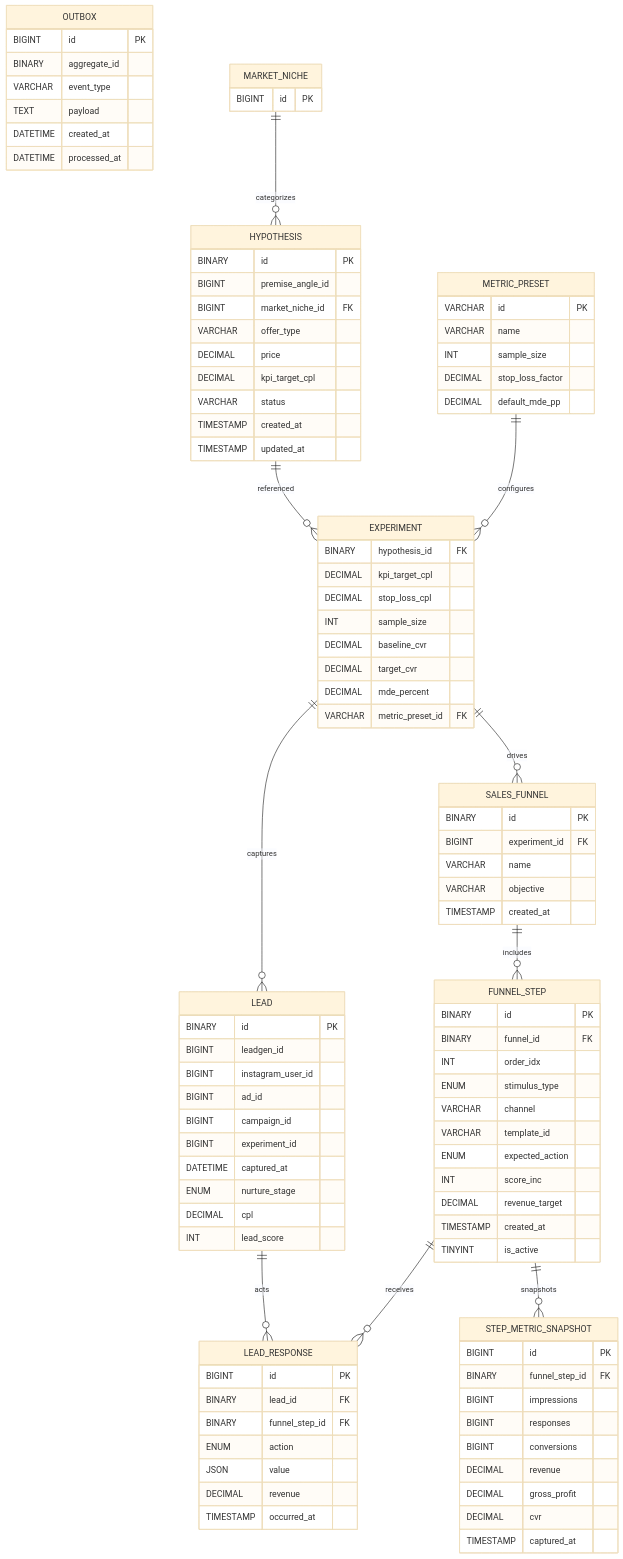
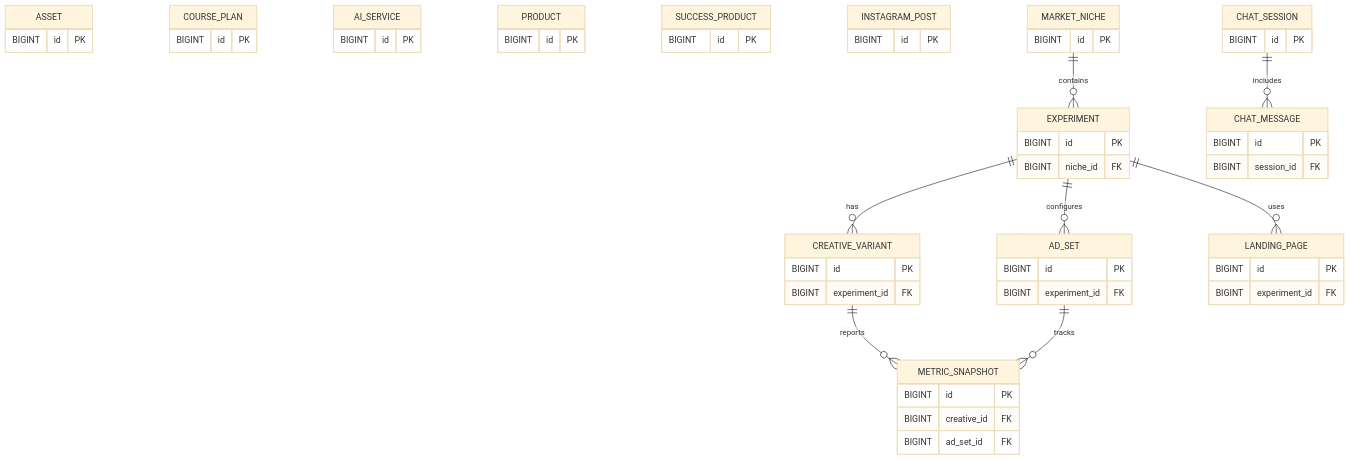
The diagram in docs/data-model.md (paulofor/marketing-hub), drawn with Mermaid (base theme) before and after one commit. The commit also changed other lines of this file, not shown here.

````diff
--- a/docs/data-model.md
+++ b/docs/data-model.md
@@ -111,103 +199,60 @@
 ```mermaid
 erDiagram
-    HYPOTHESIS {
-        BINARY id PK
-        BIGINT premise_angle_id
-        BIGINT market_niche_id FK
-        VARCHAR offer_type
-        DECIMAL price
-        DECIMAL kpi_target_cpl
-        VARCHAR status
-        TIMESTAMP created_at
-        TIMESTAMP updated_at
+    ASSET {
+        BIGINT id PK
     }
-    EXPERIMENT {
-        BINARY hypothesis_id FK
-        DECIMAL kpi_target_cpl
-        DECIMAL stop_loss_cpl
-        INT sample_size
-        DECIMAL baseline_cvr
-        DECIMAL target_cvr
-        DECIMAL mde_percent
-        VARCHAR metric_preset_id FK
+    COURSE_PLAN {
+        BIGINT id PK
     }
-    LEAD {
-        BINARY id PK
-        BIGINT leadgen_id
-        BIGINT instagram_user_id
-        BIGINT ad_id
-        BIGINT campaign_id
-        BIGINT experiment_id
-        DATETIME captured_at
-        ENUM nurture_stage
-        DECIMAL cpl
-        INT lead_score
+    AI_SERVICE {
+        BIGINT id PK
     }
-    SALES_FUNNEL {
-        BINARY id PK
-        BIGINT experiment_id FK
-        VARCHAR name
-        VARCHAR objective
-        TIMESTAMP created_at
+    PRODUCT {
+        BIGINT id PK
     }
-    FUNNEL_STEP {
-        BINARY id PK
-        BINARY funnel_id FK
-        INT order_idx
-        ENUM stimulus_type
-        VARCHAR channel
-        VARCHAR template_id
-        ENUM expected_action
-        INT score_inc
-        DECIMAL revenue_target
-        TIMESTAMP created_at
-        TINYINT is_active
+    SUCCESS_PRODUCT {
+        BIGINT id PK
     }
-    LEAD_RESPONSE {
+    INSTAGRAM_POST {
         BIGINT id PK
-        BINARY lead_id FK
-        BINARY funnel_step_id FK
-        ENUM action
-        JSON value
-        DECIMAL revenue
-        TIMESTAMP occurred_at
-    }
-    STEP_METRIC_SNAPSHOT {
-        BIGINT id PK
-        BINARY funnel_step_id FK
-        BIGINT impressions
-        BIGINT responses
-        BIGINT conversions
-        DECIMAL revenue
-        DECIMAL gross_profit
-        DECIMAL cvr
-        TIMESTAMP captured_at
-    }
-    OUTBOX {
-        BIGINT id PK
-        BINARY aggregate_id
-        VARCHAR event_type
-        TEXT payload
-        DATETIME created_at
-        DATETIME processed_at
-    }
-    METRIC_PRESET {
-        VARCHAR id PK
-        VARCHAR name
-        INT sample_size
-        DECIMAL stop_loss_factor
-        DECIMAL default_mde_pp
     }
     MARKET_NICHE {
         BIGINT id PK
     }
-    MARKET_NICHE ||--o{ HYPOTHESIS : categorizes
-    HYPOTHESIS ||--o{ EXPERIMENT : referenced
-    EXPERIMENT ||--o{ LEAD : captures
-    EXPERIMENT ||--o{ SALES_FUNNEL : drives
-    SALES_FUNNEL ||--o{ FUNNEL_STEP : includes
-    FUNNEL_STEP ||--o{ LEAD_RESPONSE : receives
-    FUNNEL_STEP ||--o{ STEP_METRIC_SNAPSHOT : snapshots
-    LEAD ||--o{ LEAD_RESPONSE : acts
-    METRIC_PRESET ||--o{ EXPERIMENT : configures
+    EXPERIMENT {
+        BIGINT id PK
+        BIGINT niche_id FK
+    }
+    CREATIVE_VARIANT {
+        BIGINT id PK
+        BIGINT experiment_id FK
+    }
+    AD_SET {
+        BIGINT id PK
+        BIGINT experiment_id FK
+    }
+    METRIC_SNAPSHOT {
+        BIGINT id PK
+        BIGINT creative_id FK
+        BIGINT ad_set_id FK
+    }
+    LANDING_PAGE {
+        BIGINT id PK
+        BIGINT experiment_id FK
+    }
+    CHAT_SESSION {
+        BIGINT id PK
+    }
+    CHAT_MESSAGE {
+        BIGINT id PK
+        BIGINT session_id FK
+    }
+
+    MARKET_NICHE ||--o{ EXPERIMENT : contains
+    EXPERIMENT ||--o{ CREATIVE_VARIANT : has
+    EXPERIMENT ||--o{ AD_SET : configures
+    EXPERIMENT ||--o{ LANDING_PAGE : uses
+    CREATIVE_VARIANT ||--o{ METRIC_SNAPSHOT : reports
+    AD_SET ||--o{ METRIC_SNAPSHOT : tracks
+    CHAT_SESSION ||--o{ CHAT_MESSAGE : includes
 ```
````
